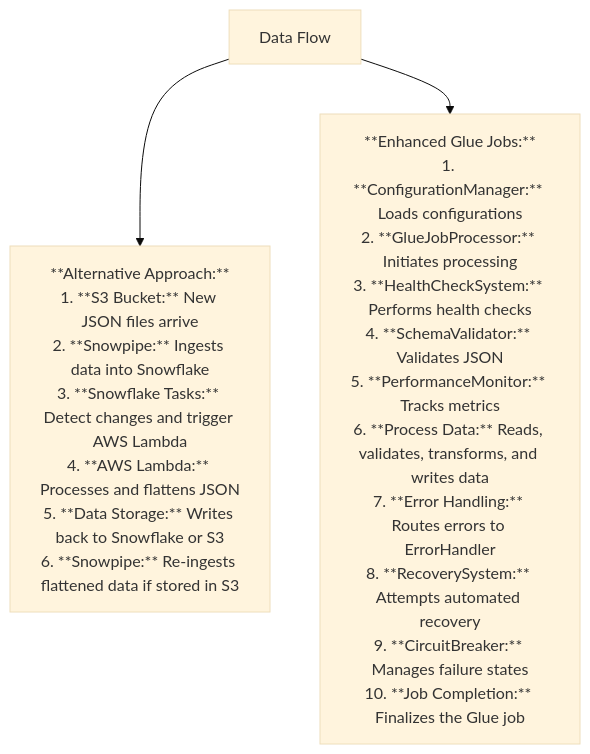
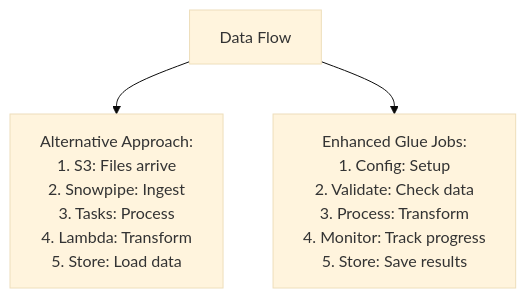
One commit to veronelazio/wezterm changed the sixth of 17 diagrams in mermaid.md. Above: the diagram before and after it, drawn with Mermaid (base theme). The commit also changed other lines of this file, not shown here.

````diff
--- a/mermaid.md
+++ b/mermaid.md
@@ -95,8 +75,5 @@
-``` mermaid
+```mermaid
 flowchart TD
-    %% Data Flow
-    D1["Data Flow"]
-    D1 --> D2["**Alternative Approach:**<br>1. **S3 Bucket:** New JSON files arrive<br>2. **Snowpipe:** Ingests data into Snowflake<br>3. **Snowflake Tasks:** Detect changes and trigger AWS Lambda<br>4. **AWS Lambda:** Processes and flattens JSON<br>5. **Data Storage:** Writes back to Snowflake or S3<br>6. **Snowpipe:** Re-ingests flattened data if stored in S3"]
-    D1 --> D3["**Enhanced Glue Jobs:**<br>1. **ConfigurationManager:** Loads configurations<br>2. **GlueJobProcessor:** Initiates processing<br>3. **HealthCheckSystem:** Performs health checks<br>4. **SchemaValidator:** Validates JSON<br>5. **PerformanceMonitor:** Tracks metrics<br>6. **Process Data:** Reads, validates, transforms, and writes data<br>7. **Error Handling:** Routes errors to ErrorHandler<br>8. **RecoverySystem:** Attempts automated recovery<br>9. **CircuitBreaker:** Manages failure states<br>10. **Job Completion:** Finalizes the Glue job"]
-
+    D1["Data Flow"] --> D2["Alternative Approach:<br/>1. S3: Files arrive<br/>2. Snowpipe: Ingest<br/>3. Tasks: Process<br/>4. Lambda: Transform<br/>5. Store: Load data"]
+    D1 --> D3["Enhanced Glue Jobs:<br/>1. Config: Setup<br/>2. Validate: Check data<br/>3. Process: Transform<br/>4. Monitor: Track progress<br/>5. Store: Save results"]
 ```
````
